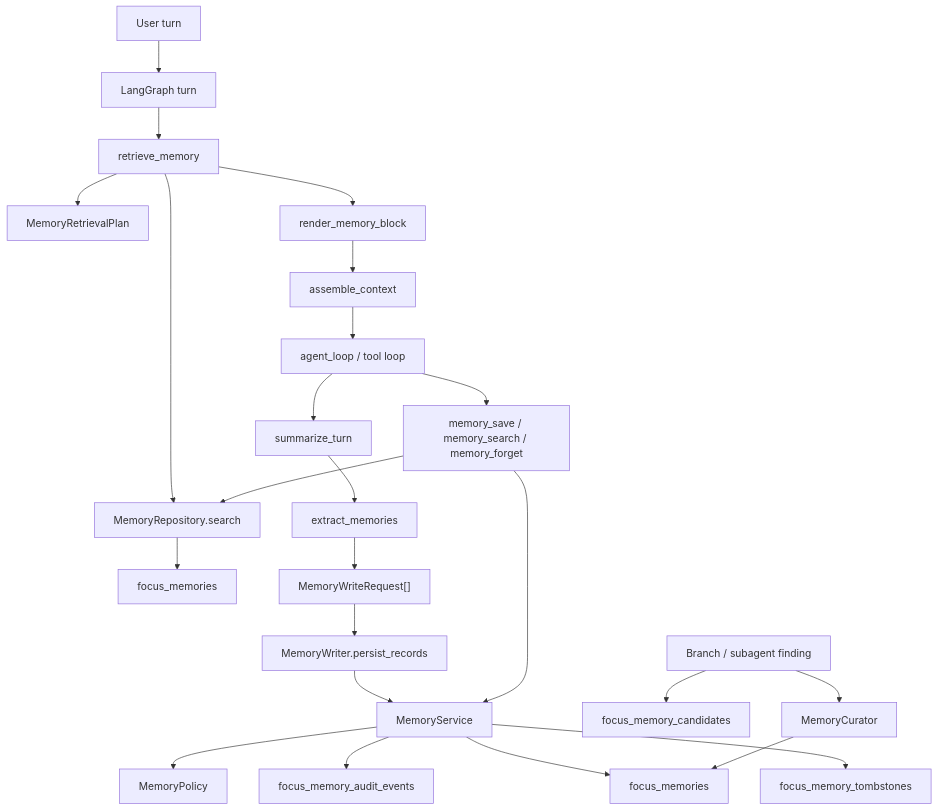
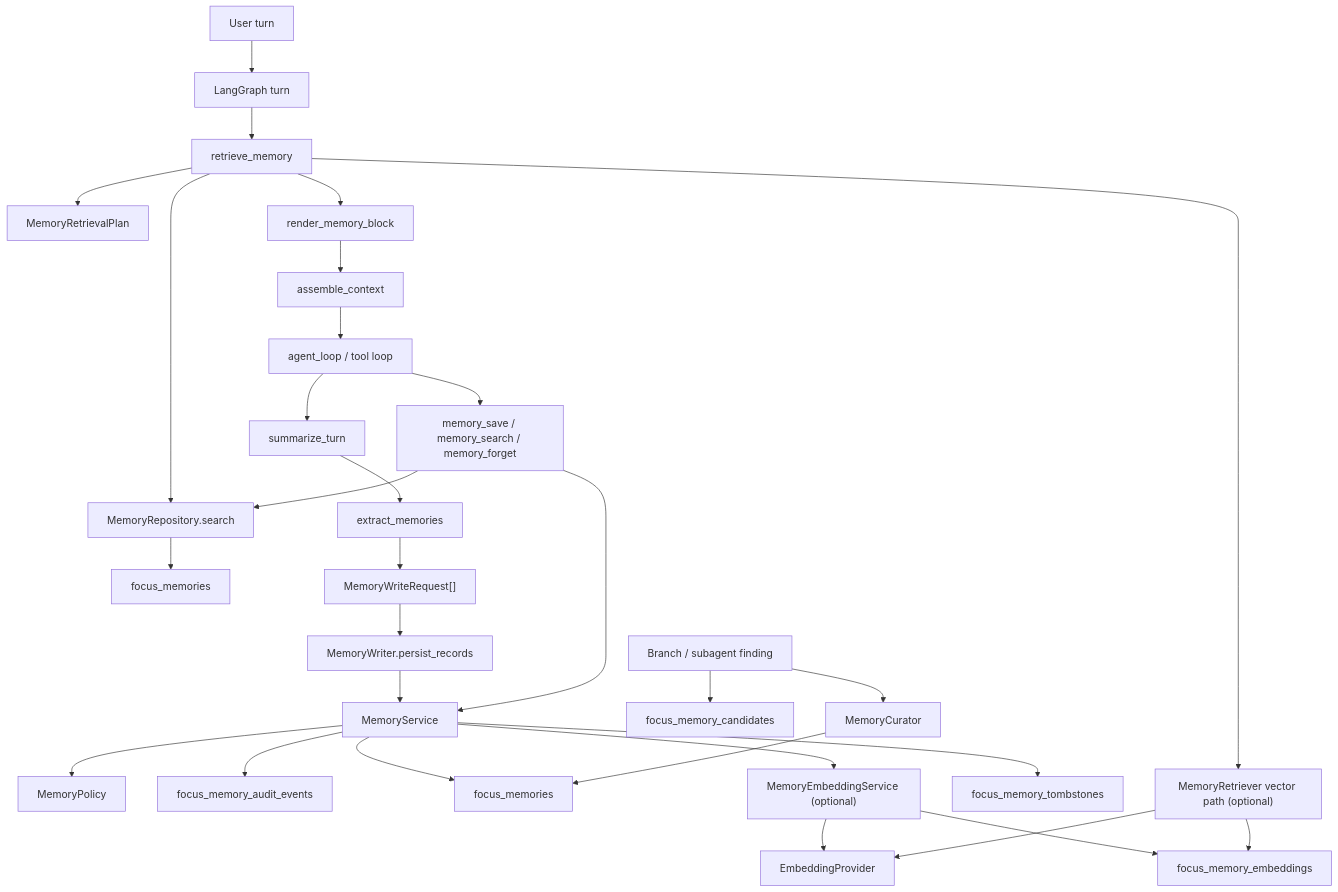
One commit to William-zgx/focus-agent changed the first of 12 diagrams in docs/memory-system-v2.md. Above: the diagram before and after it, drawn with Mermaid. The commit also changed other lines of this file and 35 other files, not shown here.

Commit message:
feat: add pgvector memory embeddings

````diff
--- a/docs/memory-system-v2.md
+++ b/docs/memory-system-v2.md
@@ -30,26 +32,32 @@
 ```mermaid
 flowchart TD
     User["User turn"] --> Graph["LangGraph turn"]
     Graph --> Retrieve["retrieve_memory"]
     Retrieve --> RepoSearch["MemoryRepository.search"]
     RepoSearch --> Postgres["focus_memories"]
     Retrieve --> Plan["MemoryRetrievalPlan"]
     Retrieve --> Block["render_memory_block"]
     Block --> Assemble["assemble_context"]
     Assemble --> Model["agent_loop / tool loop"]
     Model --> Summary["summarize_turn"]
     Summary --> Extract["extract_memories"]
     Extract --> Requests["MemoryWriteRequest[]"]
     Requests --> Writer["MemoryWriter.persist_records"]
     Writer --> Service["MemoryService"]
     Service --> Policy["MemoryPolicy"]
     Service --> Audit["focus_memory_audit_events"]
     Service --> Memories["focus_memories"]
+    Service --> EmbeddingSvc["MemoryEmbeddingService (optional)"]
+    EmbeddingSvc --> Provider["EmbeddingProvider"]
+    EmbeddingSvc --> Embeddings["focus_memory_embeddings"]
     Service --> Tombstones["focus_memory_tombstones"]
+    Retrieve --> RetrieverVector["MemoryRetriever vector path (optional)"]
+    RetrieverVector --> Provider
+    RetrieverVector --> Embeddings
     Model --> Tools["memory_save / memory_search / memory_forget"]
     Tools --> Service
     Tools --> RepoSearch
     Branch["Branch / subagent finding"] --> Candidates["focus_memory_candidates"]
     Branch --> Curator["MemoryCurator"]
     Curator --> Memories
 ```
````
